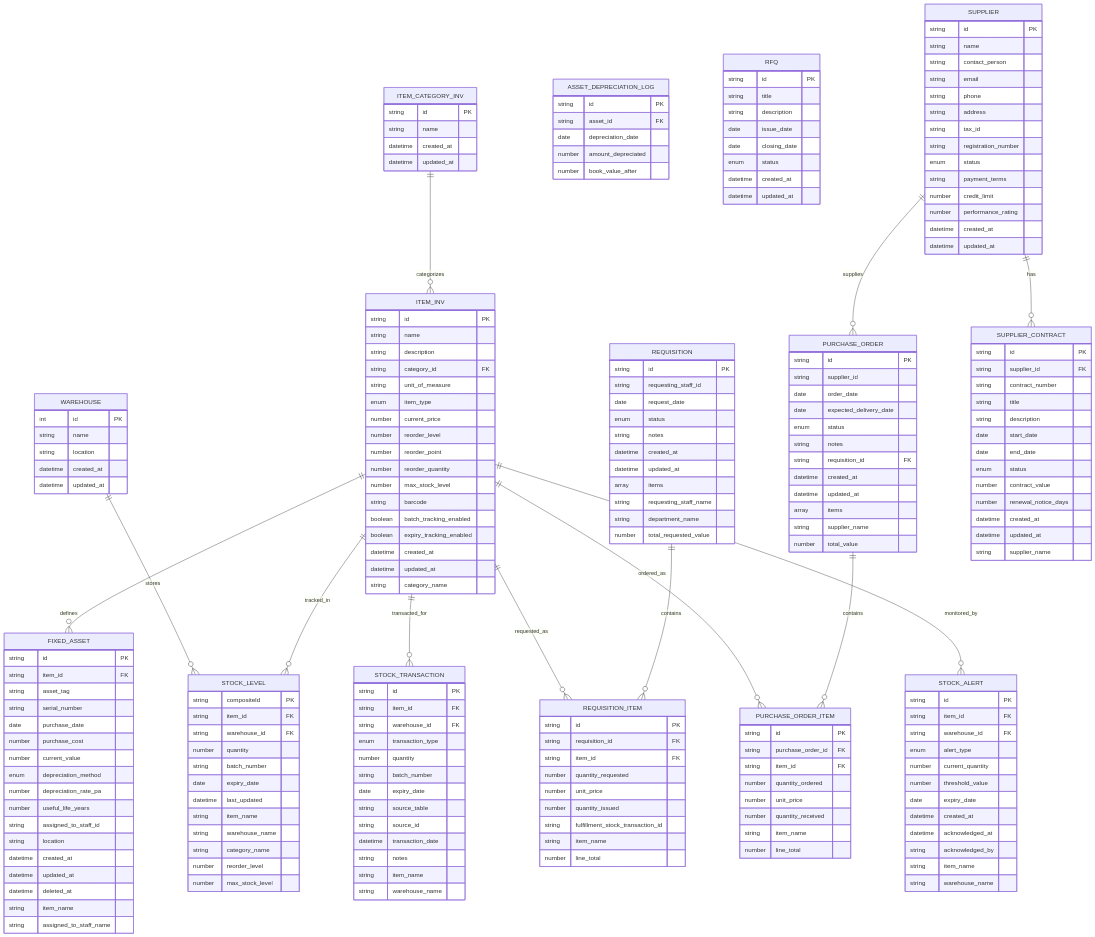
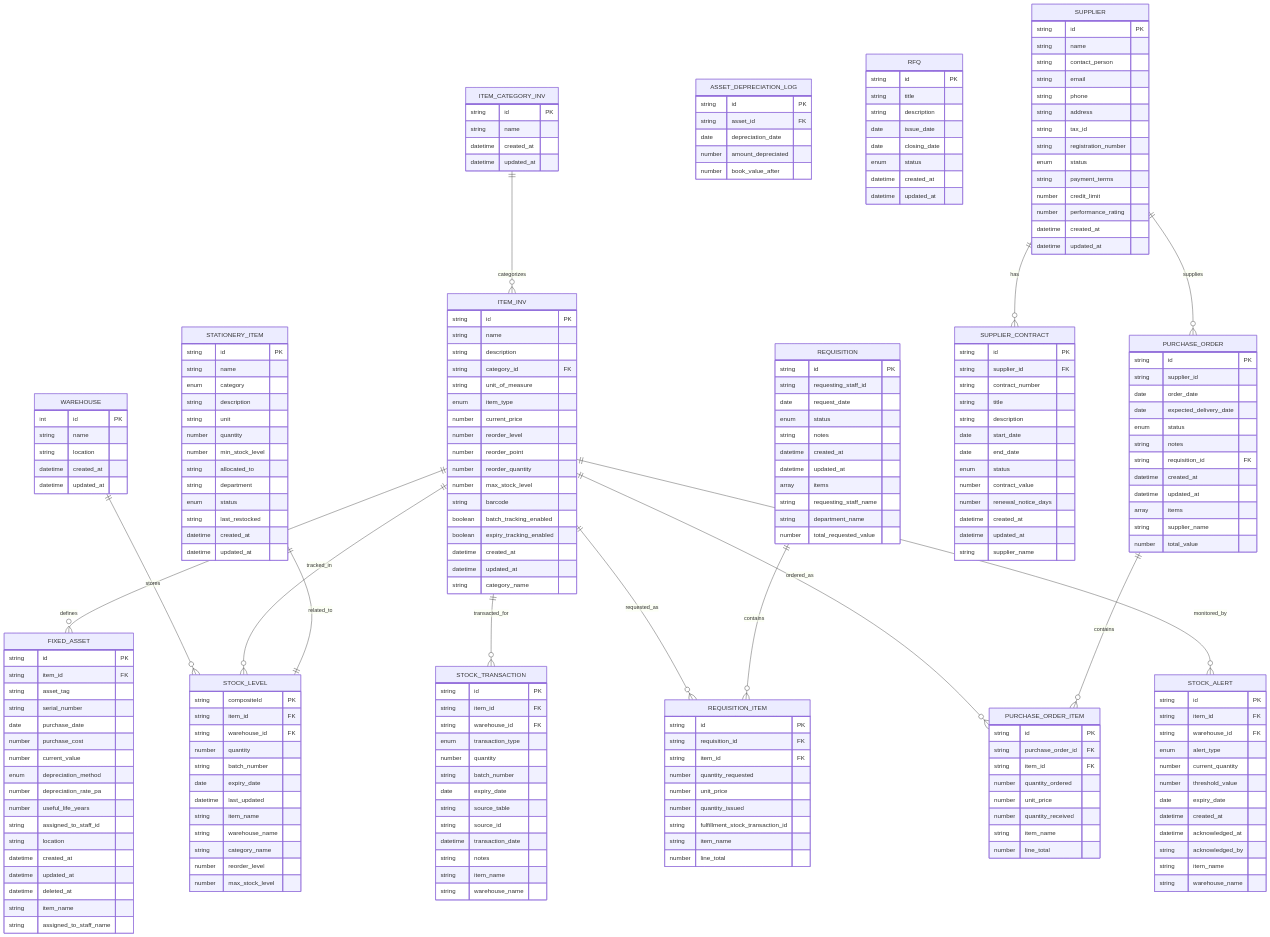
One commit to geniusdynamics/schoolpilot changed the third of 11 diagrams in .qoder/repowiki/en/content/Modules System/Inventory Module.md. Above: the diagram before and after it, drawn with Mermaid. The commit also changed other lines of this file and 54 other files, not shown here.

````diff
--- a/.qoder/repowiki/en/content/Modules System/Inventory Module.md
+++ b/.qoder/repowiki/en/content/Modules System/Inventory Module.md
@@ -585,6 +678,21 @@
 string item_name
 string warehouse_name
 }
+STATIONERY_ITEM {
+string id PK
+string name
+enum category
+string description
+string unit
+number quantity
+number min_stock_level
+string allocated_to
+string department
+enum status
+string last_restocked
+datetime created_at
+datetime updated_at
+}
 WAREHOUSE ||--o{ STOCK_LEVEL : "stores"
 ITEM_CATEGORY_INV ||--o{ ITEM_INV : "categorizes"
 ITEM_INV ||--o{ FIXED_ASSET : "defines"
@@ -597,4 +705,5 @@
 PURCHASE_ORDER ||--o{ PURCHASE_ORDER_ITEM : "contains"
 SUPPLIER ||--o{ PURCHASE_ORDER : "supplies"
 SUPPLIER ||--o{ SUPPLIER_CONTRACT : "has"
+STATIONERY_ITEM ||--|| STOCK_LEVEL : "related_to"
 ```
````
